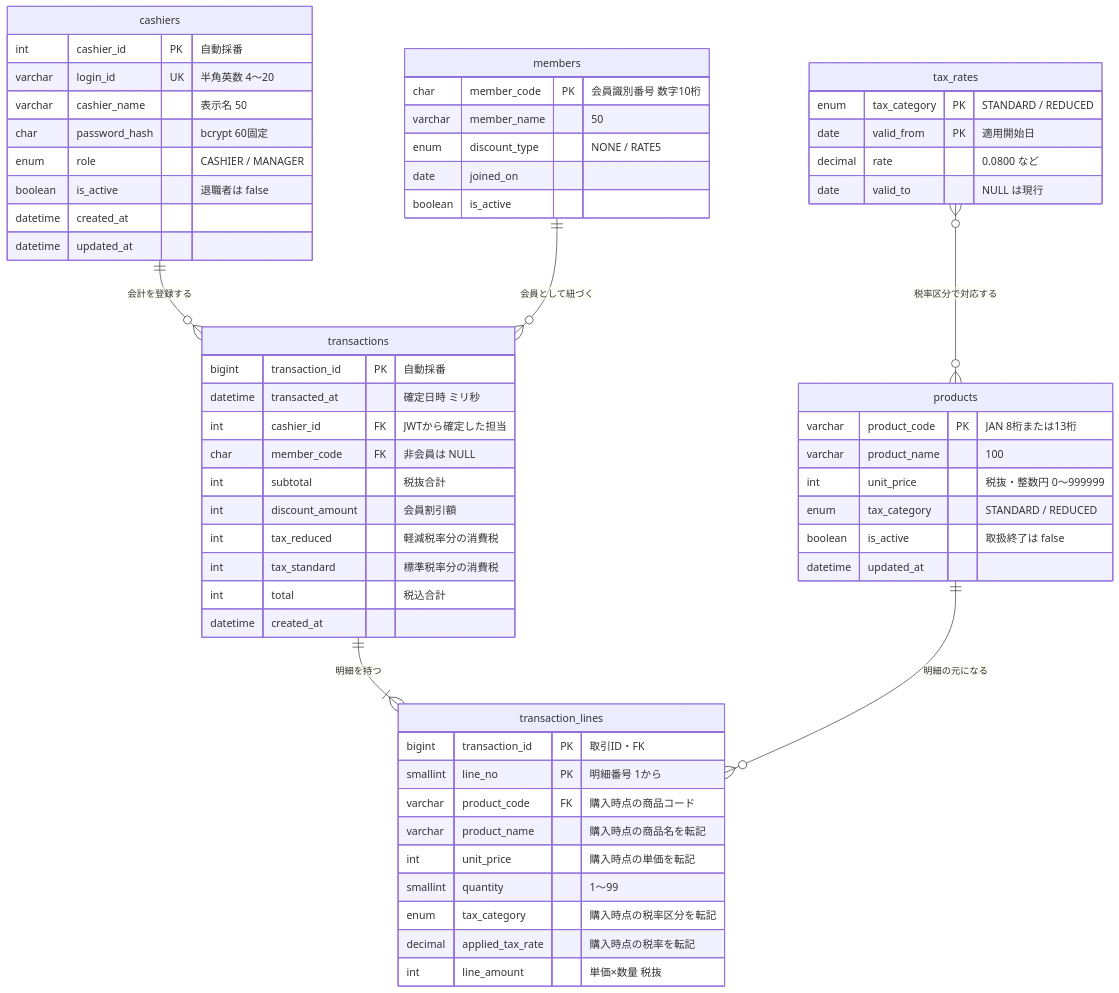
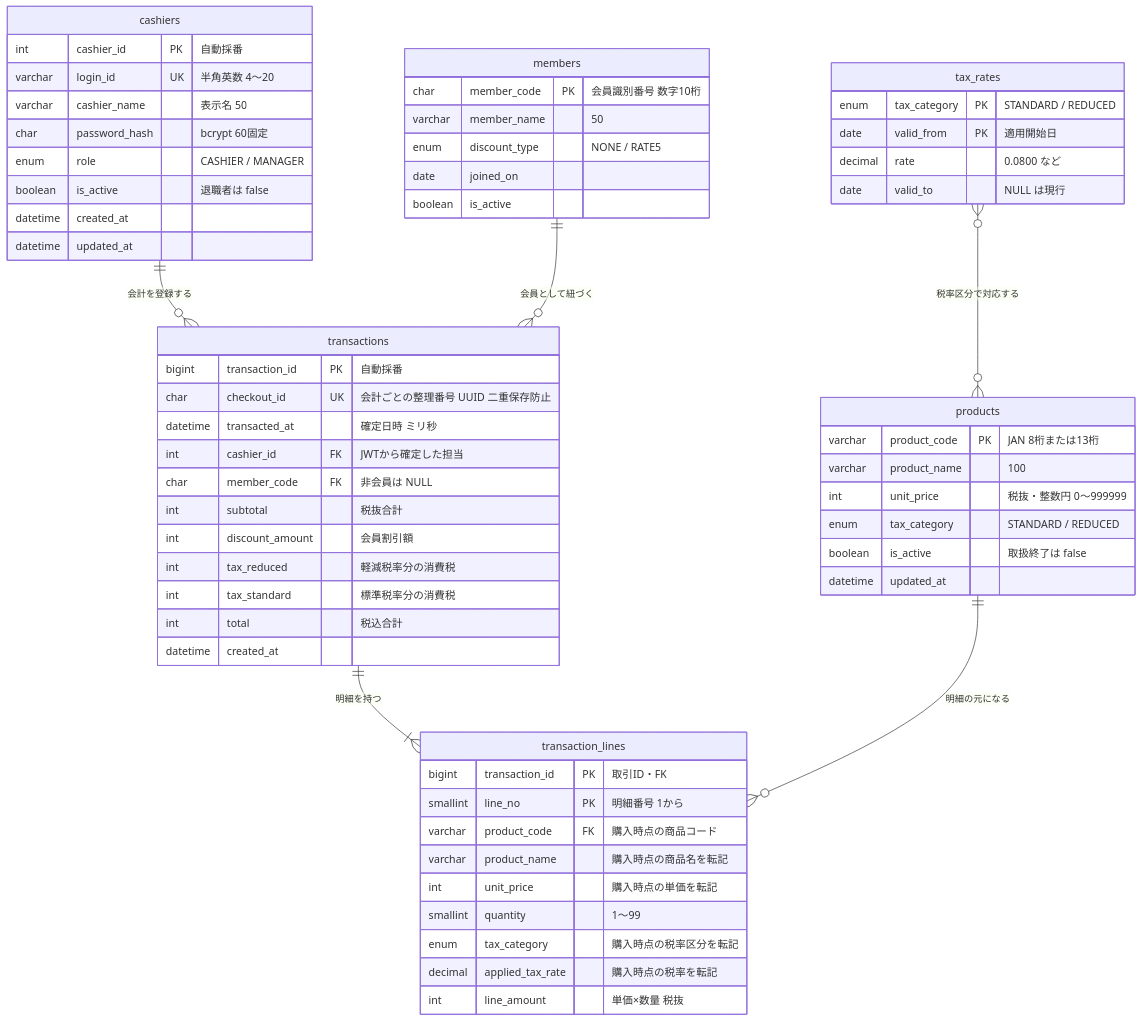
One commit to terry-tech0/tech0-pos-app changed the eighth of 10 diagrams in docs/design/POS-Lv2-設計仕様書.md. Above: the diagram before and after it, drawn with Mermaid. The commit also changed other lines of this file and 19 other files, not shown here.

````diff
--- a/docs/design/POS-Lv2-設計仕様書.md
+++ b/docs/design/POS-Lv2-設計仕様書.md
@@ -422,68 +422,69 @@
 ```mermaid
 erDiagram
     cashiers ||--o{ transactions : "会計を登録する"
     members ||--o{ transactions : "会員として紐づく"
     transactions ||--|{ transaction_lines : "明細を持つ"
     products ||--o{ transaction_lines : "明細の元になる"
     tax_rates }o--o{ products : "税率区分で対応する"
 
     cashiers {
         int cashier_id PK "自動採番"
         varchar login_id UK "半角英数 4〜20"
         varchar cashier_name "表示名 50"
         char password_hash "bcrypt 60固定"
         enum role "CASHIER / MANAGER"
         boolean is_active "退職者は false"
         datetime created_at
         datetime updated_at
     }
 
     members {
         char member_code PK "会員識別番号 数字10桁"
         varchar member_name "50"
         enum discount_type "NONE / RATE5"
         date joined_on
         boolean is_active
     }
 
     products {
         varchar product_code PK "JAN 8桁または13桁"
         varchar product_name "100"
         int unit_price "税抜・整数円 0〜999999"
         enum tax_category "STANDARD / REDUCED"
         boolean is_active "取扱終了は false"
         datetime updated_at
     }
 
     tax_rates {
         enum tax_category PK "STANDARD / REDUCED"
         date valid_from PK "適用開始日"
         decimal rate "0.0800 など"
         date valid_to "NULL は現行"
     }
 
     transactions {
         bigint transaction_id PK "自動採番"
+        char checkout_id UK "会計ごとの整理番号 UUID 二重保存防止"
         datetime transacted_at "確定日時 ミリ秒"
         int cashier_id FK "JWTから確定した担当"
         char member_code FK "非会員は NULL"
         int subtotal "税抜合計"
         int discount_amount "会員割引額"
         int tax_reduced "軽減税率分の消費税"
         int tax_standard "標準税率分の消費税"
         int total "税込合計"
         datetime created_at
     }
 
     transaction_lines {
         bigint transaction_id PK "取引ID・FK"
         smallint line_no PK "明細番号 1から"
         varchar product_code FK "購入時点の商品コード"
         varchar product_name "購入時点の商品名を転記"
         int unit_price "購入時点の単価を転記"
         smallint quantity "1〜99"
         enum tax_category "購入時点の税率区分を転記"
         decimal applied_tax_rate "購入時点の税率を転記"
         int line_amount "単価×数量 税抜"
     }
 ```
````
